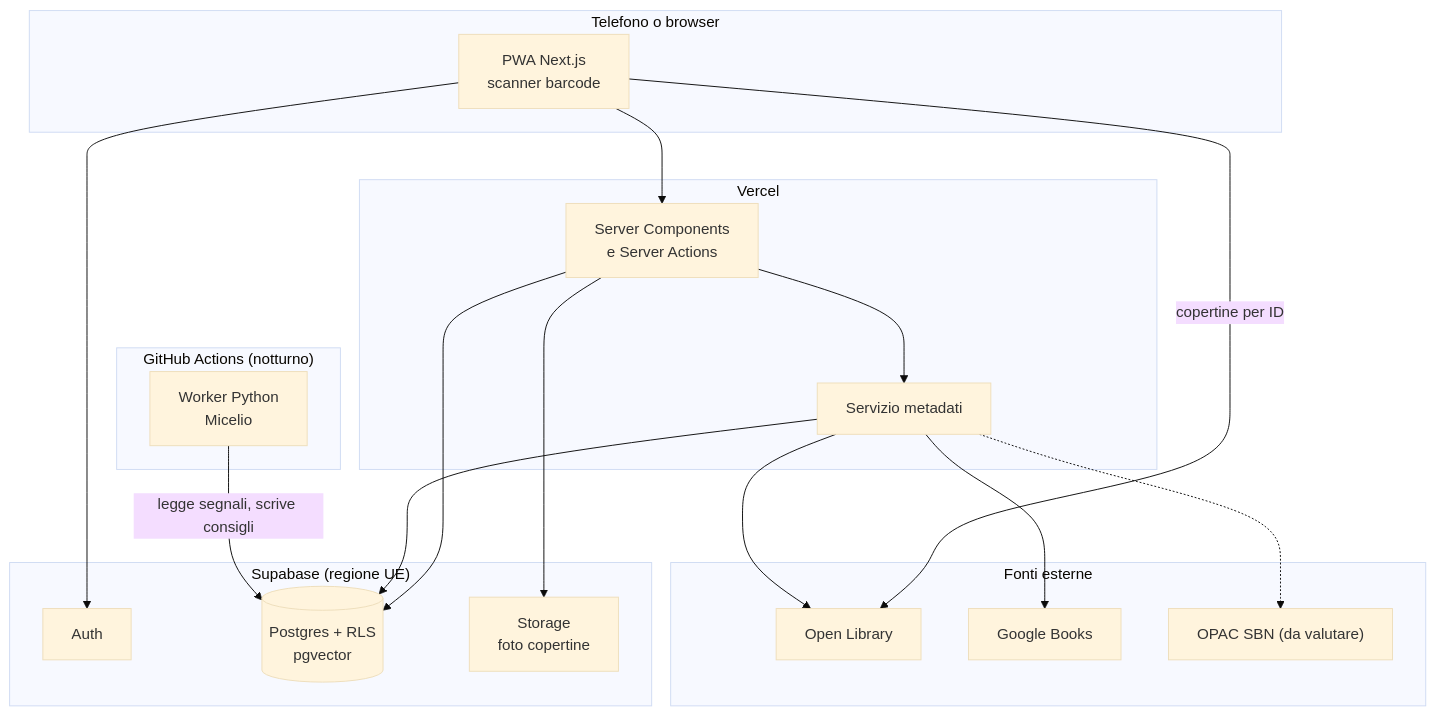
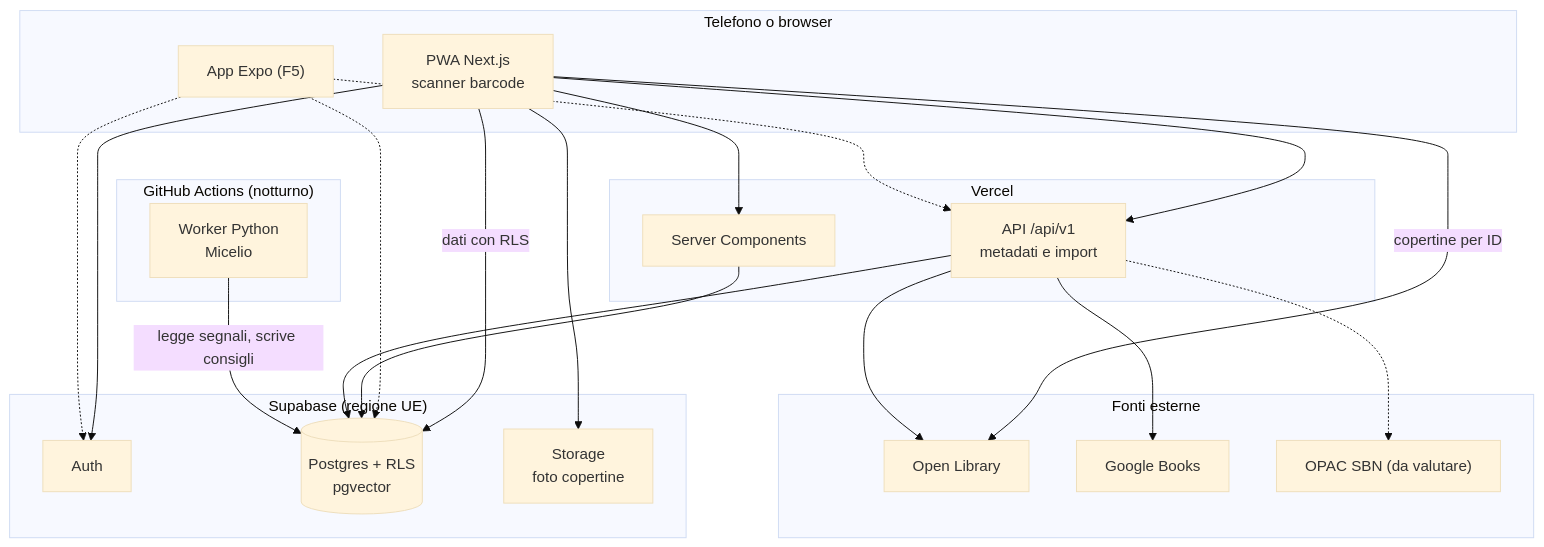
One commit to Vinavil334/libresca changed the diagram in docs/ARCHITECTURE.md. Above: the diagram before and after it, drawn with Mermaid (base theme). The commit also changed other lines of this file and 16 other files, not shown here.

````diff
--- a/docs/ARCHITECTURE.md
+++ b/docs/ARCHITECTURE.md
@@ -7,34 +7,39 @@
 ```mermaid
 flowchart TB
   subgraph Telefono["Telefono o browser"]
     PWA["PWA Next.js<br/>scanner barcode"]
+    APP["App Expo (F5)"]
   end
   subgraph Vercel
-    SSR["Server Components<br/>e Server Actions"]
-    META["Servizio metadati"]
+    SSR["Server Components"]
+    META["API /api/v1<br/>metadati e import"]
   end
   subgraph Supabase["Supabase (regione UE)"]
     AUTH["Auth"]
     DB[("Postgres + RLS<br/>pgvector")]
     STORE["Storage<br/>foto copertine"]
   end
   subgraph Fonti["Fonti esterne"]
     OL["Open Library"]
     GB["Google Books"]
     SBN["OPAC SBN (da valutare)"]
   end
   subgraph Batch["GitHub Actions (notturno)"]
     ML["Worker Python<br/>Micelio"]
   end
   PWA --> SSR
   PWA --> AUTH
+  PWA -- "dati con RLS" --> DB
+  PWA --> META
+  APP -.-> AUTH
+  APP -.-> DB
+  APP -.-> META
   PWA -- "copertine per ID" --> OL
   SSR --> DB
-  SSR --> META
   META --> OL
   META --> GB
   META -.-> SBN
   META --> DB
   ML -- "legge segnali, scrive consigli" --> DB
-  SSR --> STORE
+  PWA --> STORE
 ```
````
